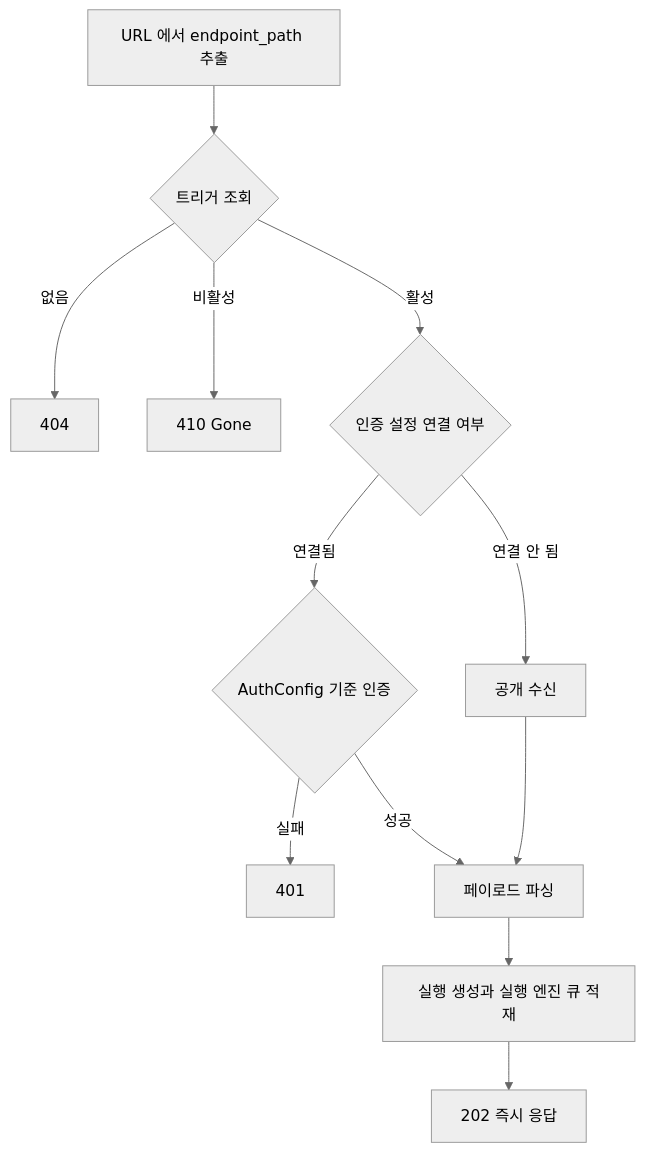
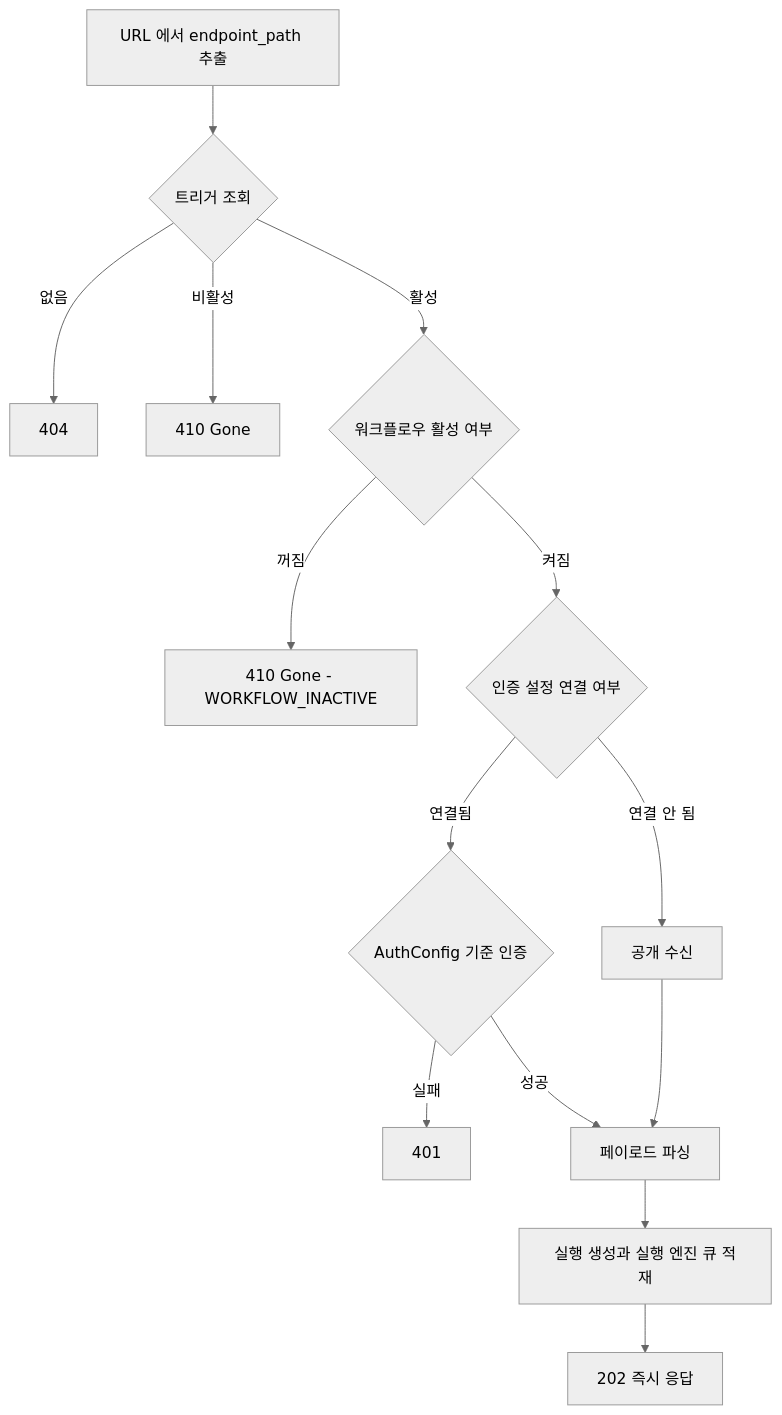
The diagram in spec/CLE-API/CLE-API-CONV.md (worker-ants/clemvion), drawn with Mermaid (neutral theme) before and after one commit. The commit also changed other lines of this file and 15 other files, not shown here.

````diff
--- a/spec/CLE-API/CLE-API-CONV.md
+++ b/spec/CLE-API/CLE-API-CONV.md
@@ -385,14 +385,16 @@
 ```mermaid
 flowchart TD
   A[URL 에서 endpoint_path 추출] --> B{트리거 조회}
   B -- 없음 --> B1[404]
   B -- 비활성 --> B2[410 Gone]
-  B -- 활성 --> C{인증 설정 연결 여부}
+  B -- 활성 --> W{워크플로우 활성 여부}
+  W -- 꺼짐 --> W2[410 Gone - WORKFLOW_INACTIVE]
+  W -- 켜짐 --> C{인증 설정 연결 여부}
   C -- 연결 안 됨 --> E[공개 수신]
   C -- 연결됨 --> D{AuthConfig 기준 인증}
   D -- 실패 --> D1[401]
   D -- 성공 --> F[페이로드 파싱]
   E --> F
   F --> G[실행 생성과 실행 엔진 큐 적재]
   G --> H[202 즉시 응답]
 ```
````
